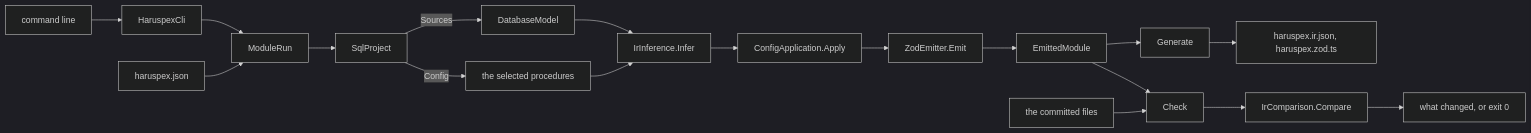
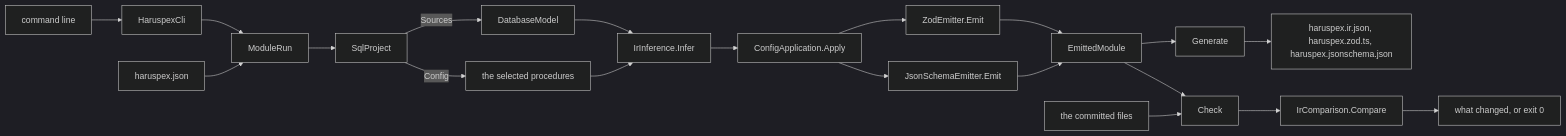
The diagram in src/Haruspex.Cli/README.md (haruspex-tools/haruspex), drawn with Mermaid (dark theme) before and after one commit. The commit also changed other lines of this file and 33 other files, not shown here.

First line of the commit message:
Choose what generate writes with "emit": Zod, JSON Schema or both

````diff
--- a/src/Haruspex.Cli/README.md
+++ b/src/Haruspex.Cli/README.md
@@ -16,20 +16,22 @@
 ```mermaid
 flowchart LR
     args["command line"] --> cli["HaruspexCli"]
     cli --> run["ModuleRun"]
     configFile["haruspex.json"] --> run
     run --> project["SqlProject"]
     project -->|Sources| model["DatabaseModel"]
     project -->|Config| selected["the selected procedures"]
     model --> infer["IrInference.Infer"]
     selected --> infer
     infer --> apply["ConfigApplication.Apply"]
     apply --> zod["ZodEmitter.Emit"]
+    apply --> jsonSchema["JsonSchemaEmitter.Emit"]
     zod --> emitted["EmittedModule"]
+    jsonSchema --> emitted
     emitted --> generate["Generate"]
-    generate --> files["haruspex.ir.json, haruspex.zod.ts"]
+    generate --> files["haruspex.ir.json, haruspex.zod.ts, haruspex.jsonschema.json"]
     emitted --> check["Check"]
     committed["the committed files"] --> check
     check --> compare["IrComparison.Compare"]
     compare --> changes["what changed, or exit 0"]
 ```
````
